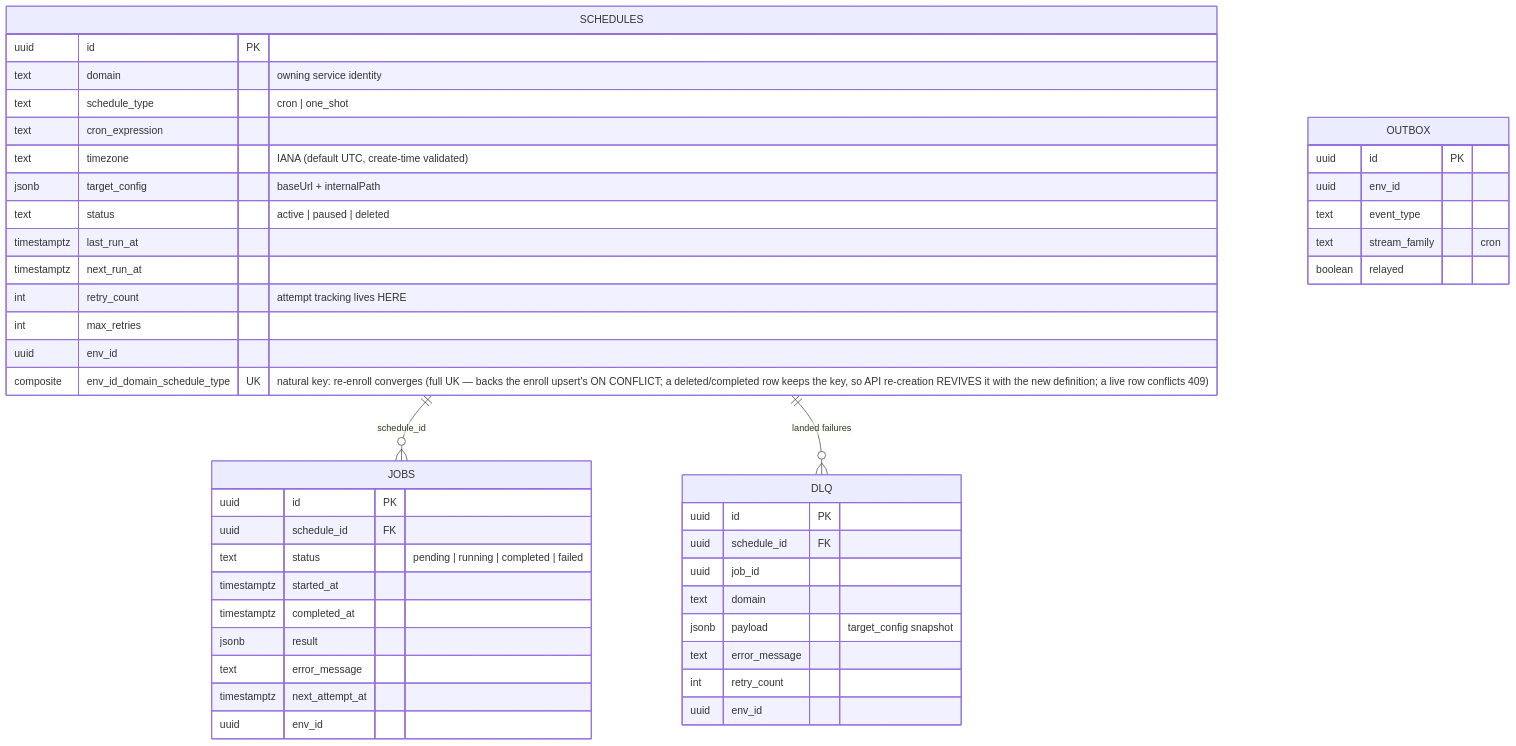
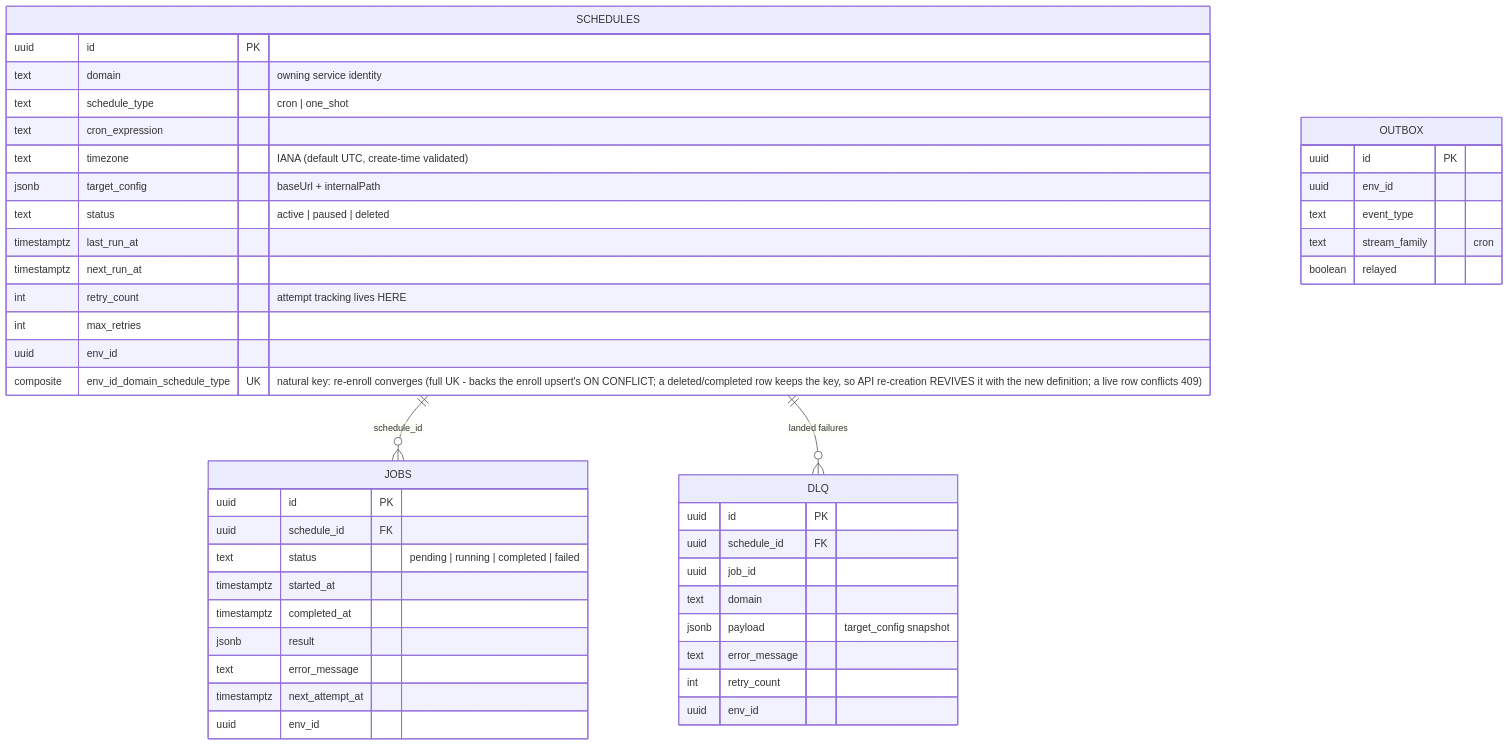
Before and after one commit to Sentin8/sentin8-site: the fourth of 9 diagrams in docs/services/cron/design.md, drawn with Mermaid. The commit also changed other lines of this file and 105 other files, not shown here.

````diff
--- a/docs/services/cron/design.md
+++ b/docs/services/cron/design.md
@@ -154,48 +154,48 @@
 ```mermaid
 erDiagram
     SCHEDULES ||--o{ JOBS : "schedule_id"
     SCHEDULES ||--o{ DLQ : "landed failures"
     SCHEDULES {
         uuid id PK
         text domain "owning service identity"
         text schedule_type "cron | one_shot"
         text cron_expression
         text timezone "IANA (default UTC, create-time validated)"
         jsonb target_config "baseUrl + internalPath"
         text status "active | paused | deleted"
         timestamptz last_run_at
         timestamptz next_run_at
         int retry_count "attempt tracking lives HERE"
         int max_retries
         uuid env_id
-        composite env_id_domain_schedule_type UK "natural key: re-enroll converges (full UK — backs the enroll upsert's ON CONFLICT; a deleted/completed row keeps the key, so API re-creation REVIVES it with the new definition; a live row conflicts 409)"
+        composite env_id_domain_schedule_type UK "natural key: re-enroll converges (full UK - backs the enroll upsert's ON CONFLICT; a deleted/completed row keeps the key, so API re-creation REVIVES it with the new definition; a live row conflicts 409)"
     }
     JOBS {
         uuid id PK
         uuid schedule_id FK
         text status "pending | running | completed | failed"
         timestamptz started_at
         timestamptz completed_at
         jsonb result
         text error_message
         timestamptz next_attempt_at
         uuid env_id
     }
     DLQ {
         uuid id PK
         uuid schedule_id FK
         uuid job_id
         text domain
         jsonb payload "target_config snapshot"
         text error_message
         int retry_count
         uuid env_id
     }
     OUTBOX {
         uuid id PK
         uuid env_id
         text event_type
         text stream_family "cron"
         boolean relayed
     }
 ```
````
